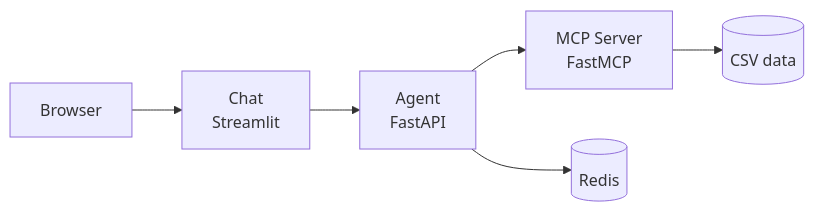
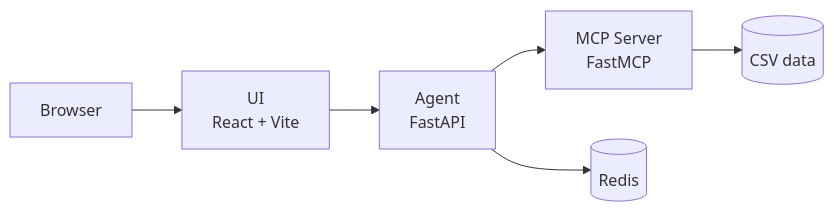
One commit to mahdilamb/gene-expression-agent changed the diagram in README.md. Above: the diagram before and after it, drawn with Mermaid. The commit also changed other lines of this file and 66 other files, not shown here.

Commit message:
feat!: move from streamlit to react

````diff
--- a/README.md
+++ b/README.md
@@ -9,8 +9,8 @@
 ```mermaid
 graph LR
-    Browser --> Chat[Chat<br/>Streamlit]
-    Chat --> Agent[Agent<br/>FastAPI]
+    Browser --> UI[UI<br/>React + Vite]
+    UI --> Agent[Agent<br/>FastAPI]
     Agent --> MCP[MCP Server<br/>FastMCP]
     Agent --> Redis[(Redis)]
     MCP --> Data[(CSV data)]
 ```
````
